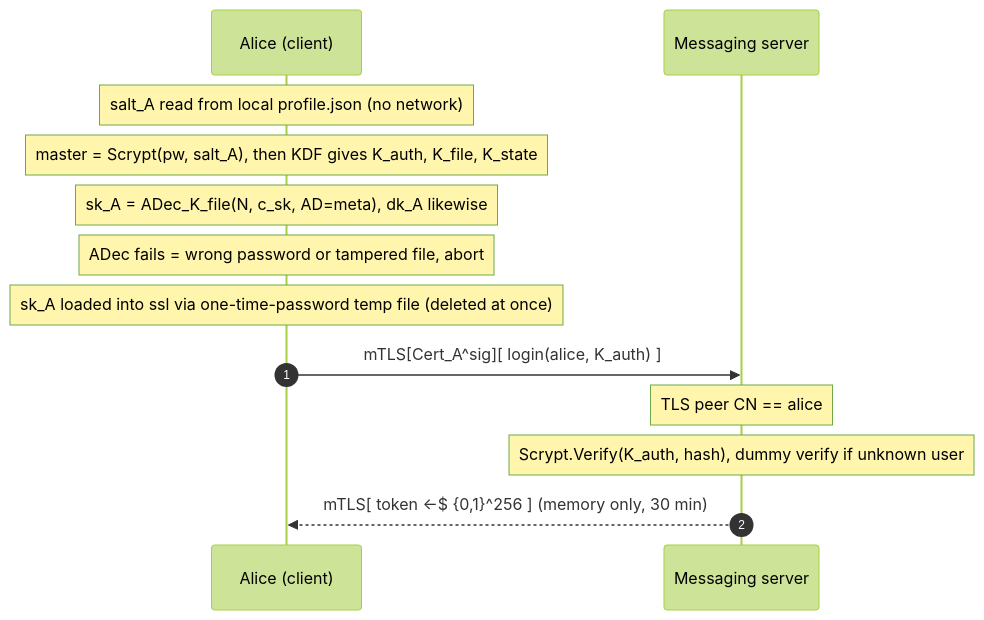
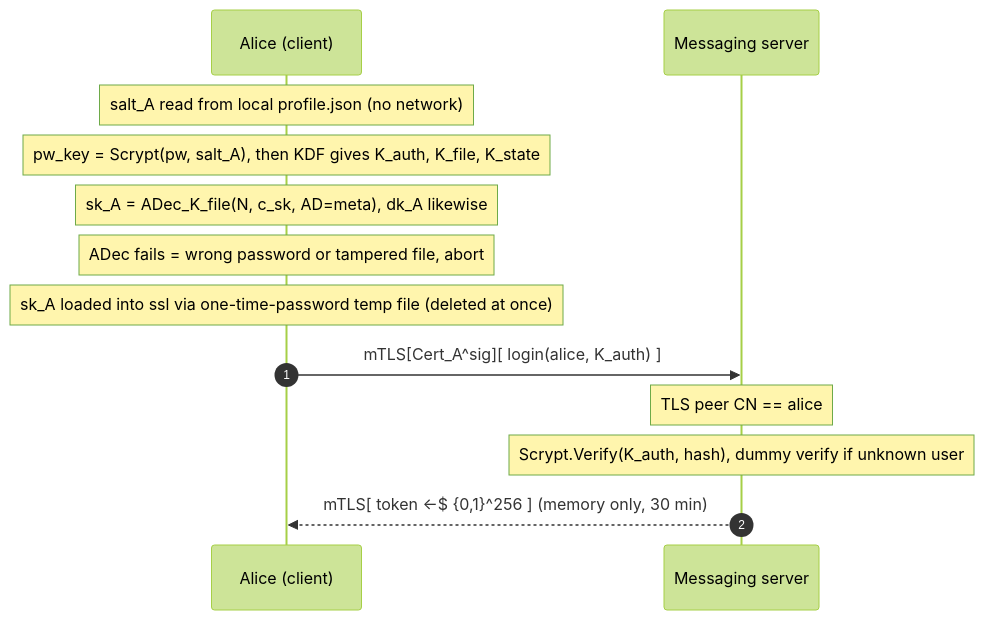
The fourth of 5 diagrams in plan.md (darthrevan030/ping-secure-messenger), drawn with Mermaid (forest theme) before and after one commit. The commit also changed other lines of this file, not shown here.

First line of the commit message:
refactor(plan): improve password handling and key derivation process

````diff
--- a/plan.md
+++ b/plan.md
@@ -149,15 +149,15 @@
 ```mermaid
 sequenceDiagram
   autonumber
   participant A as Alice (client)
   participant S as Messaging server
   Note over A: salt_A read from local profile.json (no network)
-  Note over A: master = Scrypt(pw, salt_A), then KDF gives K_auth, K_file, K_state
+  Note over A: pw_key = Scrypt(pw, salt_A), then KDF gives K_auth, K_file, K_state
   Note over A: sk_A = ADec_K_file(N, c_sk, AD=meta), dk_A likewise
   Note over A: ADec fails = wrong password or tampered file, abort
   Note over A: sk_A loaded into ssl via one-time-password temp file (deleted at once)
   A->>S: mTLS[Cert_A^sig][ login(alice, K_auth) ]
   Note over S: TLS peer CN == alice
   Note over S: Scrypt.Verify(K_auth, hash), dummy verify if unknown user
   S-->>A: mTLS[ token ←$ {0,1}^256 ]  (memory only, 30 min)
 ```
````
